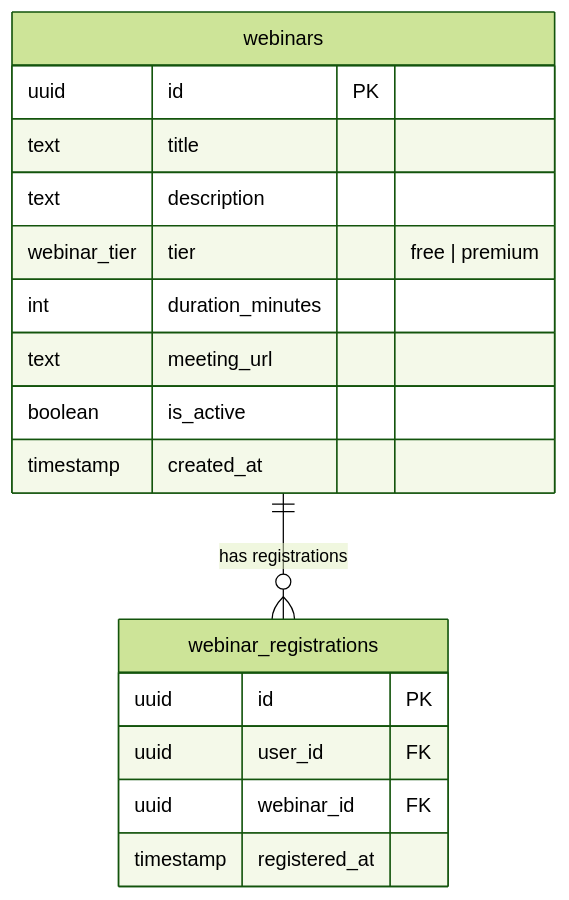
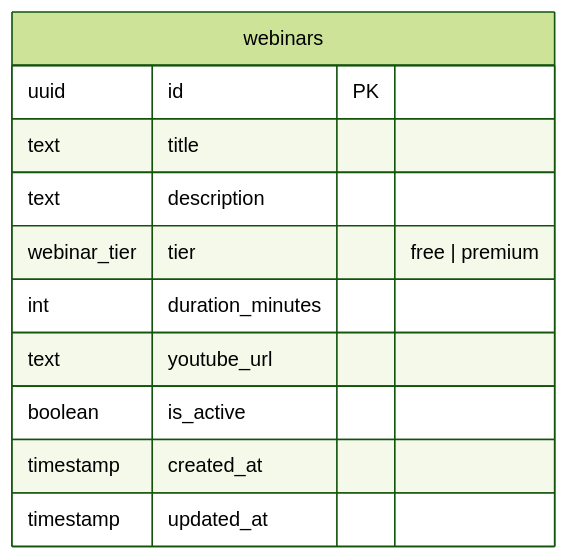
The diagram in docs/webinars.md (hack4impact/mcld-project), drawn with Mermaid (forest theme) before and after one commit. The commit also changed other lines of this file and 4 other files, not shown here.

Commit message:
fixed schedule table, timeslots, youtube_url and update times

````diff
--- a/docs/webinars.md
+++ b/docs/webinars.md
@@ -9,22 +7,14 @@
 ```mermaid
 erDiagram
     webinars {
         uuid id PK
         text title
         text description
         webinar_tier tier "free | premium"
         int duration_minutes
-        text meeting_url
+        text youtube_url
         boolean is_active
         timestamp created_at
+        timestamp updated_at
     }
-
-    webinar_registrations {
-        uuid id PK
-        uuid user_id FK
-        uuid webinar_id FK
-        timestamp registered_at
-    }
-
-    webinars ||--o{ webinar_registrations : "has registrations"
 ```
````
